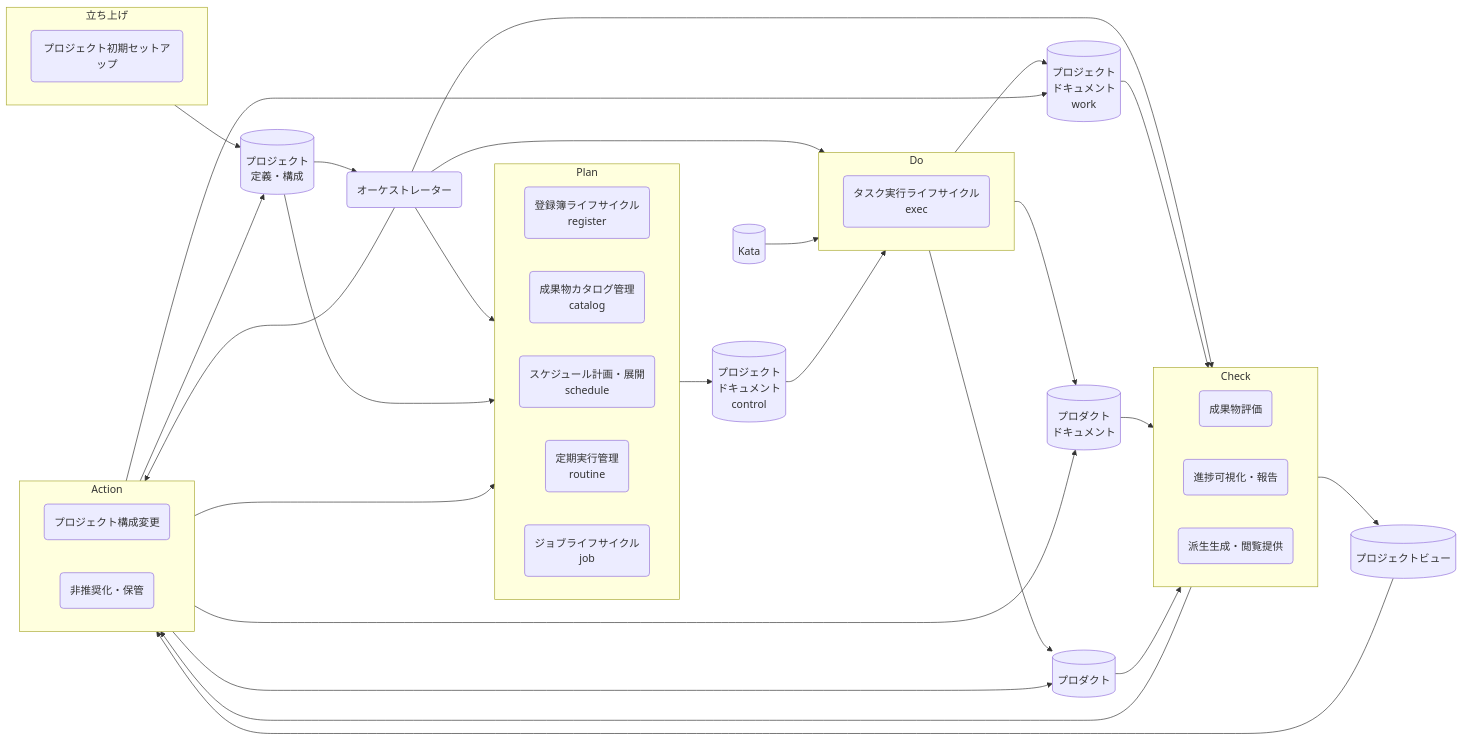
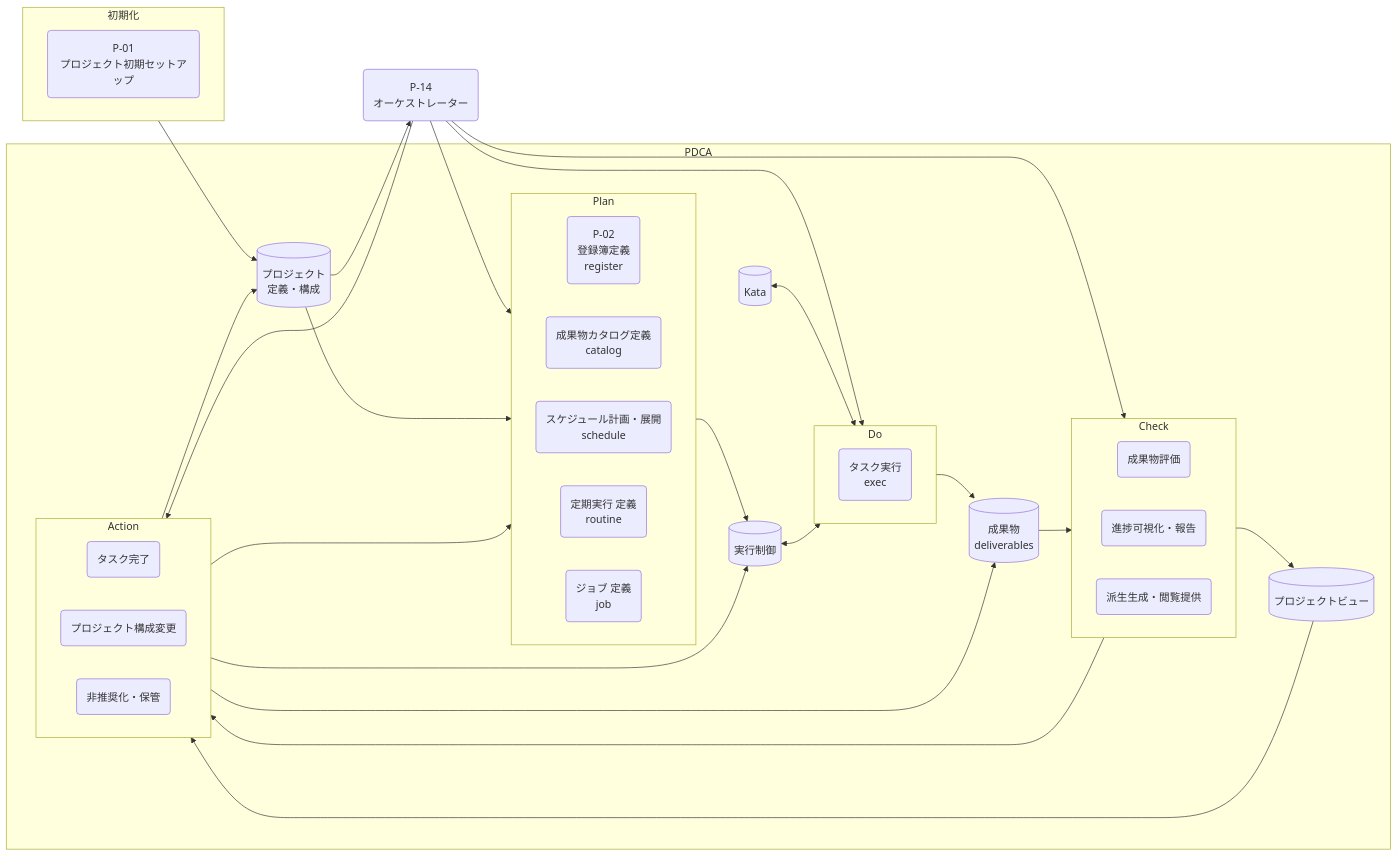
One commit to specdojo/spec-dojo-handbook changed the first of 2 diagrams in docs/ja/product/010-business-specs/010-data-flow/cdfd-overview.md. Above: the diagram before and after it, drawn with Mermaid. The commit also changed other lines of this file and 1 other file, not shown here.

````diff
--- a/docs/ja/product/010-business-specs/010-data-flow/cdfd-overview.md
+++ b/docs/ja/product/010-business-specs/010-data-flow/cdfd-overview.md
@@ -62,80 +58,76 @@
 ```mermaid
 
 flowchart LR
-  subgraph Setup[立ち上げ]
+  subgraph Setup[初期化]
     direction LR
-    プロジェクト初期セットアップ("プロジェクト初期セットアップ")
+    プロジェクト初期セットアップ("P-01<br>プロジェクト初期セットアップ")
   end
 
-  Definition[("プロジェクト<br>定義・構成")]
+  Orchestrator("P-14<br>オーケストレーター")
 
-  Orchestrator("オーケストレーター")
+  subgraph PDCA
+    Definition[("プロジェクト<br>定義・構成")]
 
-  subgraph Plan
-    direction LR
-    登録簿ライフサイクル("登録簿ライフサイクル<br>register")
-    成果物カタログ管理("成果物カタログ管理<br>catalog")
-    スケジュール計画展開("スケジュール計画・展開<br>schedule")
-    定期実行管理("定期実行管理<br>routine")
-    ジョブライフサイクル("ジョブライフサイクル<br>job")
-  end
+    subgraph Plan
+      direction LR
+      登録簿定義("P-02<br>登録簿定義<br>register")
+      成果物カタログ定義("成果物カタログ定義<br>catalog")
+      スケジュール計画展開("スケジュール計画・展開<br>schedule")
+      定期実行定義("定期実行 定義<br>routine")
+      ジョブ定義("ジョブ 定義<br>job")
+    end
 
-  Kata[("Kata")]
-  ProjectWorkDoc[("プロジェクト<br>ドキュメント<br>work")]
-  ProjectCtrlDoc[("プロジェクト<br>ドキュメント<br>control")]
-  ProductDoc[("プロダクト<br>ドキュメント")]
-  Product[("プロダクト")]
+    Kata[("Kata")]
+    ProjectCtrlDoc[("実行制御")]
+    Deliverables[("成果物<br>deliverables")]
 
-  subgraph Do
-    direction LR
-    タスク実行ライフサイクル("タスク実行ライフサイクル<br>exec")
-  end
+    subgraph Do
+      direction LR
+      タスク実行("タスク実行<br>exec")
+    end
 
-  subgraph Check
-    direction LR
-    成果物評価("成果物評価")
-    進捗可視化報告("進捗可視化・報告")
-    派生生成閲覧提供("派生生成・閲覧提供")
-  end
+    subgraph Check
+      direction LR
+      成果物評価("成果物評価")
+      進捗可視化報告("進捗可視化・報告")
+      派生生成閲覧提供("派生生成・閲覧提供")
+    end
 
-  ProjectView[("プロジェクトビュー")]
+    ProjectView[("プロジェクトビュー")]
 
-  subgraph Action
-    direction LR
-    運用構成管理("プロジェクト構成変更")
-    非推奨化保管("非推奨化・保管")
+    subgraph Action
+      direction LR
+      タスク完了("タスク完了")
+      運用構成管理("プロジェクト構成変更")
+      非推奨化保管("非推奨化・保管")
+    end
   end
 
   Setup --> Definition
 
   Definition --> Orchestrator
 
   Orchestrator --> Plan
   Orchestrator --> Do
   Orchestrator --> Check
   Orchestrator --> Action
 
   Definition --> Plan
   Plan --> ProjectCtrlDoc
 
-  Kata --> Do
-  ProjectCtrlDoc --> Do
+  Kata <--> Do
+  ProjectCtrlDoc <--> Do
 
-  Do --> ProjectWorkDoc
-  Do --> ProductDoc
-  Do --> Product
+  Do --> Deliverables
 
-  ProjectWorkDoc --> Check
-  ProductDoc --> Check
-  Product --> Check
+  Deliverables --> Check
 
   Check --> ProjectView
   Check --> Action
   ProjectView --> Action
 
   Action --> Definition
   Action --> Plan
-  Action --> ProjectWorkDoc
-  Action --> ProductDoc
-  Action --> Product
+  Action --> Deliverables
+  Action --> ProjectCtrlDoc
 ```
````
